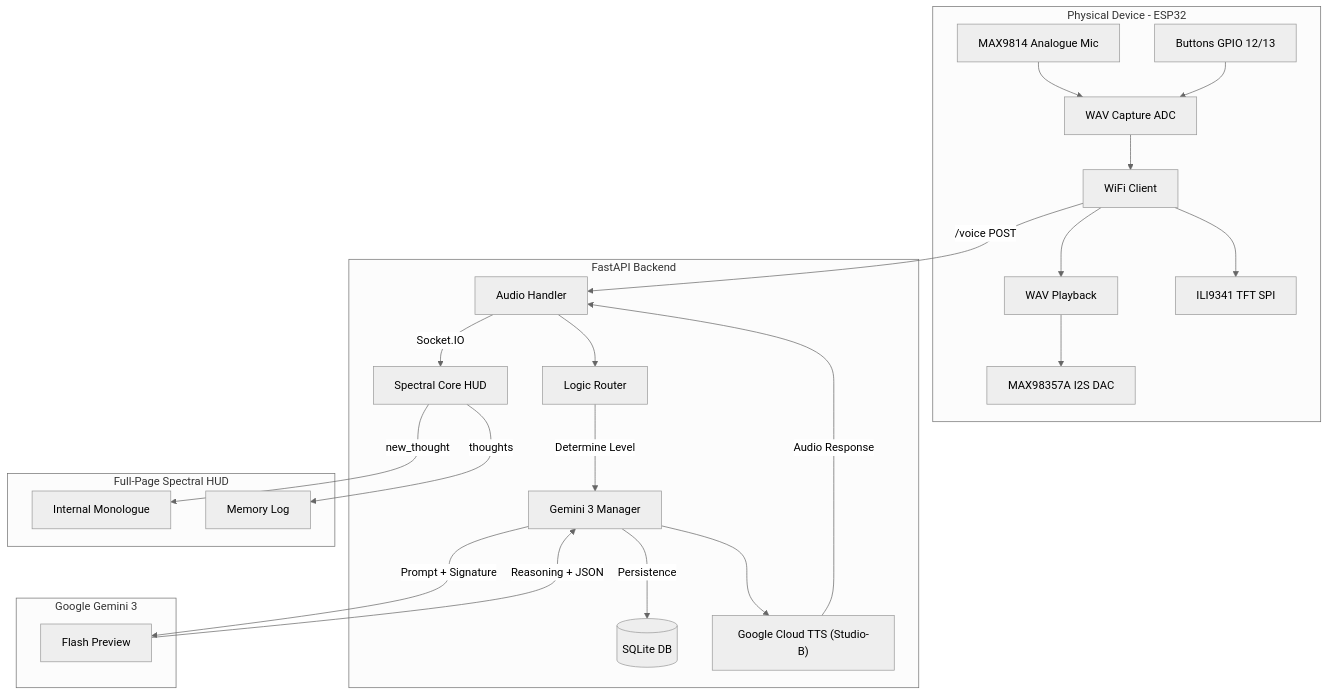
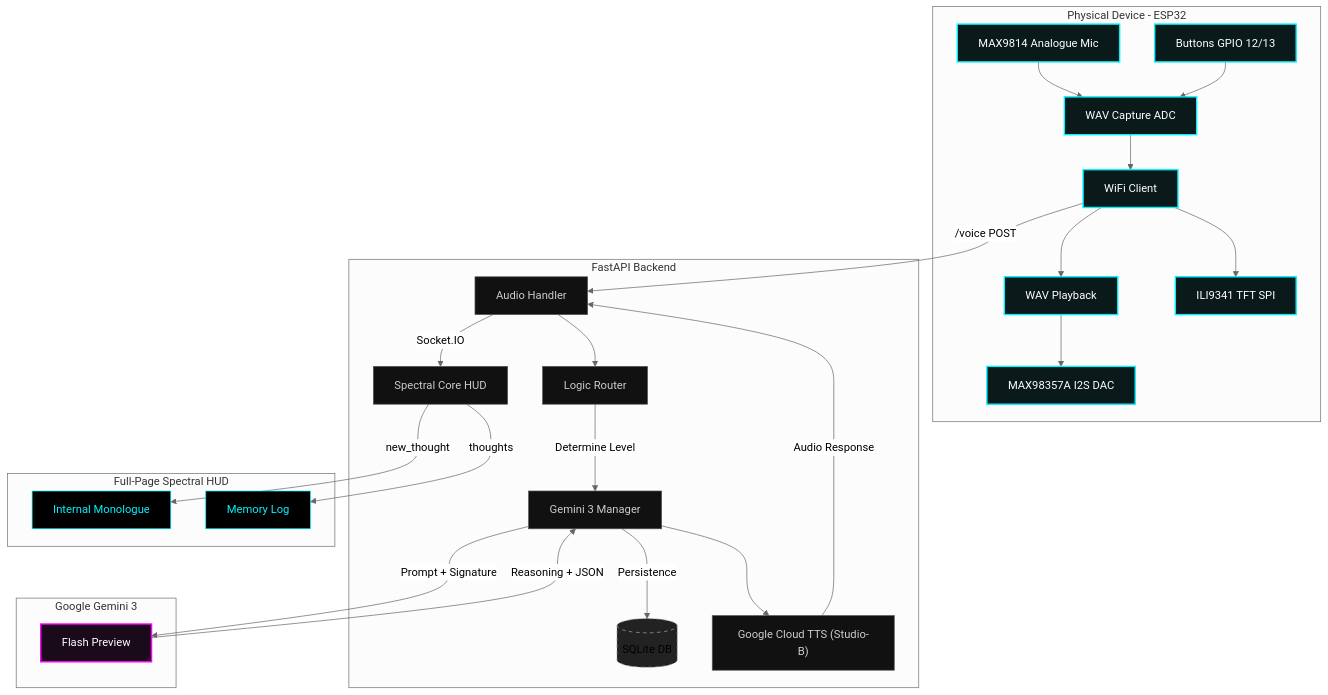
One commit to nadinev6/silas changed the diagram in README.md. Above: the diagram before and after it, drawn with Mermaid (neutral theme). The commit also changed other lines of this file and 3 other files, not shown here.

Commit message:
fixes for the token monitoring and internal monologue display

````diff
--- a/README.md
+++ b/README.md
@@ -32,32 +32,39 @@
 ```mermaid
 graph TD
+    %% Define Styles
+    classDef hardware fill:#0a1a1a,stroke:#00f2ff,stroke-width:2px,color:#fff;
+    classDef backend fill:#111,stroke:#555,stroke-width:1px,color:#ccc;
+    classDef ai fill:#1a0a1a,stroke:#ff00ff,stroke-width:2px,color:#fff;
+    classDef database fill:#222,stroke:#aaa,stroke-width:1px,stroke-dasharray: 5 5;
+    classDef dashboard fill:#000,stroke:#00f2ff,stroke-width:1px,color:#00f2ff;
+
     subgraph ESP32 ["Physical Device - ESP32"]
-        HW1[MAX9814 Analogue Mic] --> HW2[WAV Capture ADC]
-        HW3[Buttons GPIO 12/13] --> HW2
-        HW2 --> HW4[WiFi Client]
-        HW4 --> HW6[WAV Playback]
-        HW6 --> HW5[MAX98357A I2S DAC]
-        HW4 --> HW7[ILI9341 TFT SPI]
+        HW1[MAX9814 Analogue Mic]:::hardware --> HW2[WAV Capture ADC]:::hardware
+        HW3[Buttons GPIO 12/13]:::hardware --> HW2
+        HW2 --> HW4[WiFi Client]:::hardware
+        HW4 --> HW6[WAV Playback]:::hardware
+        HW6 --> HW5[MAX98357A I2S DAC]:::hardware
+        HW4 --> HW7[ILI9341 TFT SPI]:::hardware
     end
 
     subgraph Backend ["FastAPI Backend"]
-        HW4 -- "/voice POST" --> B1[Audio Handler]
-        B1 --> B2[Logic Router]
-        B2 -- "Determine Level" --> B3[Gemini 3 Manager]
-        B3 -- "Persistence" --> B4[(SQLite DB)]
-        B3 --> B5["Google Cloud TTS (Studio-B)"]
+        HW4 -- "/voice POST" --> B1[Audio Handler]:::backend
+        B1 --> B2[Logic Router]:::backend
+        B2 -- "Determine Level" --> B3[Gemini 3 Manager]:::backend
+        B3 -- "Persistence" --> B4[(SQLite DB)]:::database
+        B3 --> B5["Google Cloud TTS (Studio-B)"]:::backend
         B5 -- "Audio Response" --> B1
         
-        B1 -- "Socket.IO" --> B6[Spectral Core HUD]
+        B1 -- "Socket.IO" --> B6[Spectral Core HUD]:::backend
     end
 
     subgraph AI ["Google Gemini 3"]
-        B3 -- "Prompt + Signature" --> AI1[Flash Preview]
+        B3 -- "Prompt + Signature" --> AI1[Flash Preview]:::ai
         AI1 -- "Reasoning + JSON" --> B3
     end
 
     subgraph Dashboard ["Full-Page Spectral HUD"]
-        B6 -- "new_thought" --> D1[Internal Monologue]
-        B6 -- "thoughts" --> D2[Memory Log]
+        B6 -- "new_thought" --> D1[Internal Monologue]:::dashboard
+        B6 -- "thoughts" --> D2[Memory Log]:::dashboard
     end
 ```
````
